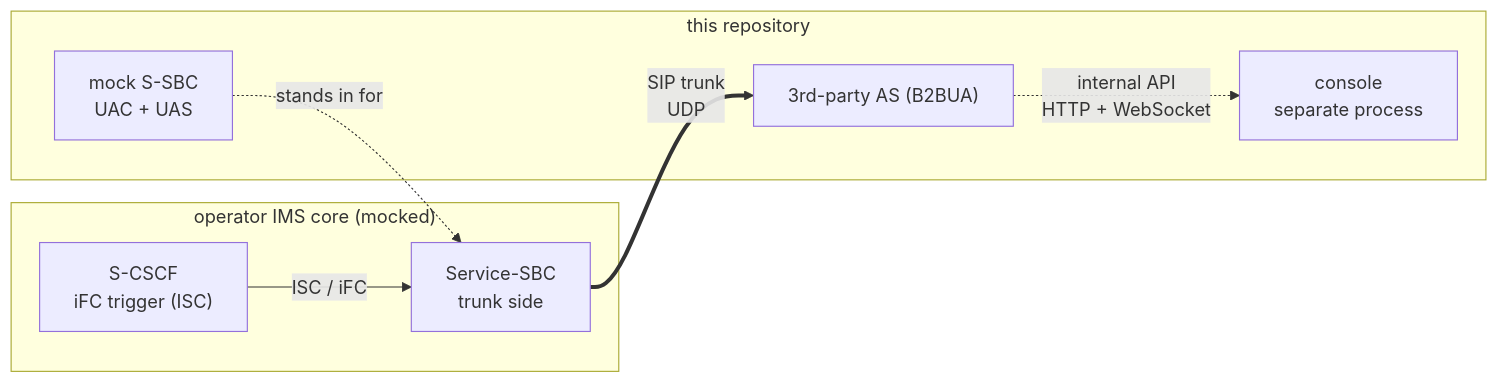
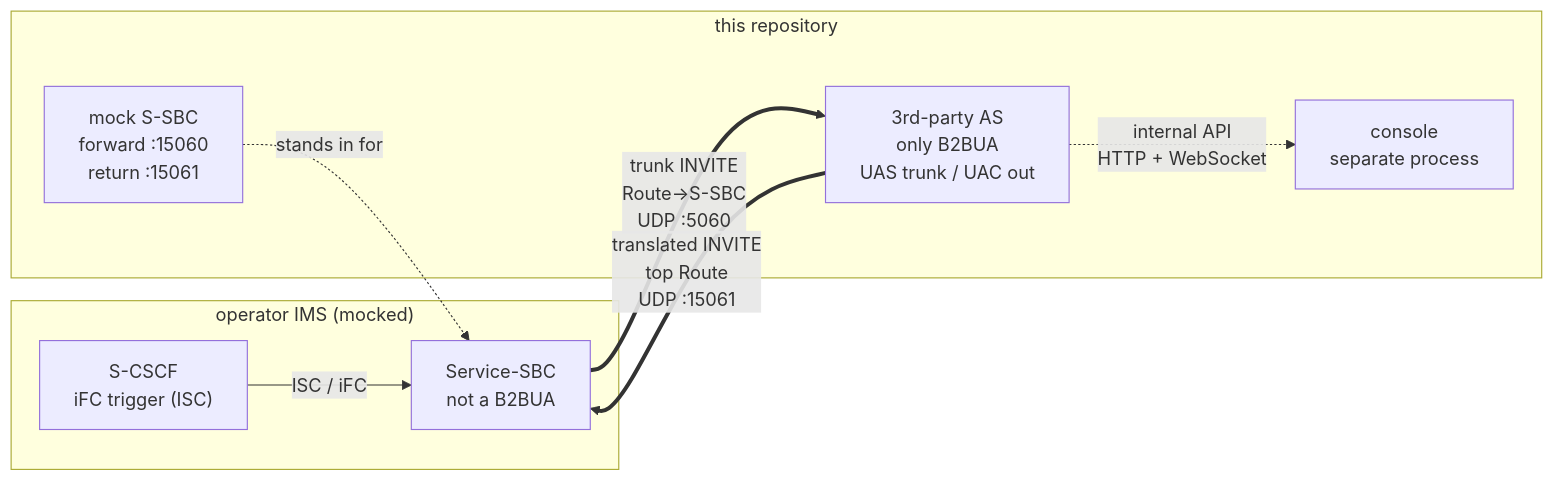
The first of 10 diagrams in docs/architecture/hld.md (dolanshu/3rdparty_AS_POC), drawn with Mermaid before and after one commit. The commit also changed other lines of this file and 67 other files, not shown here.

````diff
--- a/docs/architecture/hld.md
+++ b/docs/architecture/hld.md
@@ -15,16 +15,17 @@
 ```mermaid
 graph LR
-    subgraph operator["operator IMS core (mocked)"]
+    subgraph operator["operator IMS (mocked)"]
         SCSCF["S-CSCF<br/>iFC trigger (ISC)"]
-        SSBC["Service-SBC<br/>trunk side"]
+        SSBC["Service-SBC<br/>not a B2BUA"]
     end
     subgraph ours["this repository"]
-        AS["3rd-party AS (B2BUA)"]
-        MOCK["mock S-SBC<br/>UAC + UAS"]
+        AS["3rd-party AS<br/>only B2BUA<br/>UAS trunk / UAC out"]
+        MOCK["mock S-SBC<br/>forward :15060<br/>return :15061"]
         CONSOLE["console<br/>separate process"]
     end
     SCSCF -- "ISC / iFC" --> SSBC
-    SSBC == "SIP trunk<br/>UDP" ==> AS
+    SSBC == "trunk INVITE<br/>Route→S-SBC<br/>UDP :5060" ==> AS
+    AS == "translated INVITE<br/>top Route<br/>UDP :15061" ==> SSBC
     AS -. "internal API<br/>HTTP + WebSocket" .-> CONSOLE
     MOCK -. "stands in for" .-> SSBC
 ```
````
